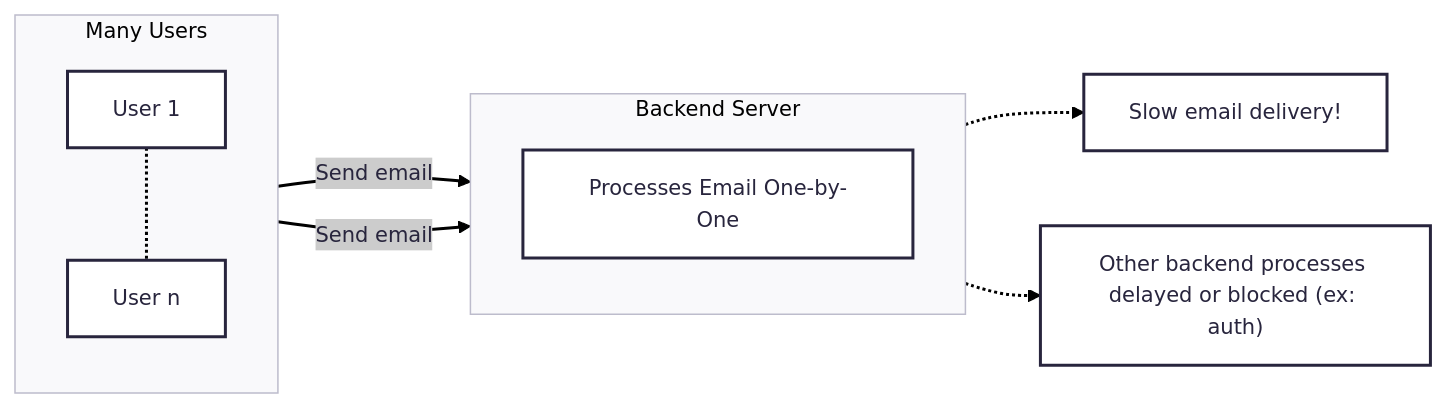
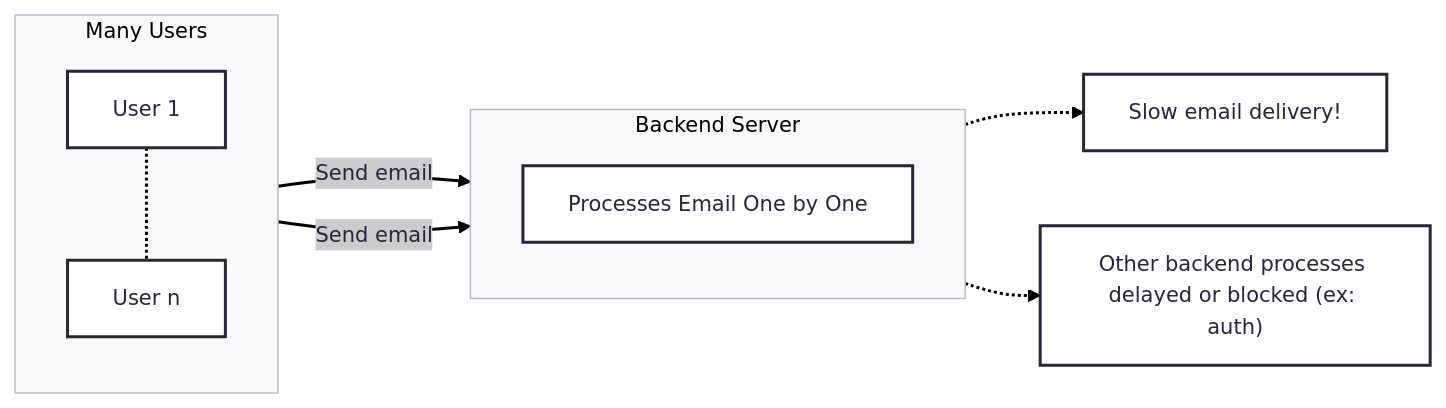
One commit to SamyBakiri/node-test changed the third of 4 diagrams in README.md. Above: the diagram before and after it, drawn with Mermaid. The commit also changed other lines of this file, not shown here.

````diff
--- a/README.md
+++ b/README.md
@@ -49,26 +49,26 @@
 ```mermaid
 ---
 config:
   theme: redux
   layout: fixed
 ---
 flowchart LR
     subgraph Users["Many Users"]
         direction TB
         u1["User 1"]
         un["User n"]
     end
     u1 -.- un
 
     subgraph Backend["Backend Server"]
         direction TB
-        be["Processes Email One-by-One"]
+        be["Processes Email One by One"]
     end
 
 
     u1 -- "Send email" --> be
     un -- "Send email" --> be
 
     be -.-> slow["Slow email delivery!"]
     be -.-> block["Other backend processes delayed or blocked (ex: auth)"]
 ```
````
